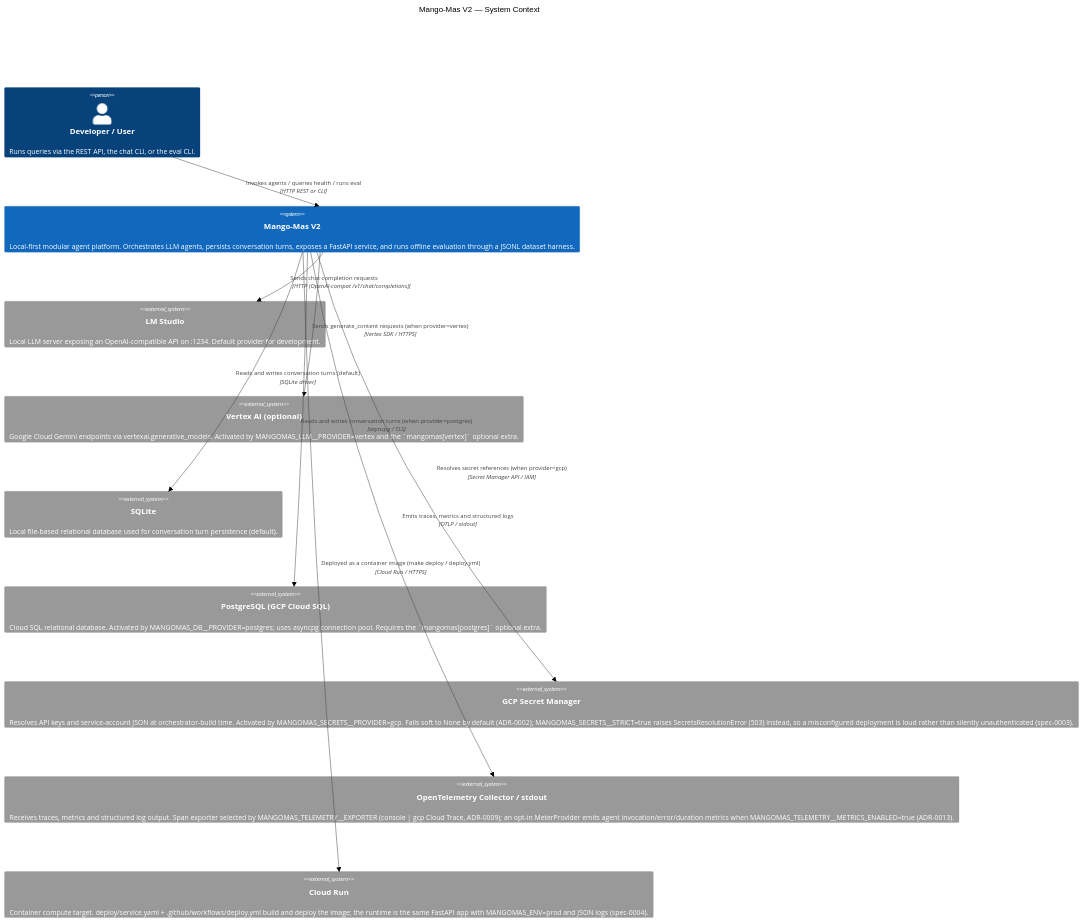
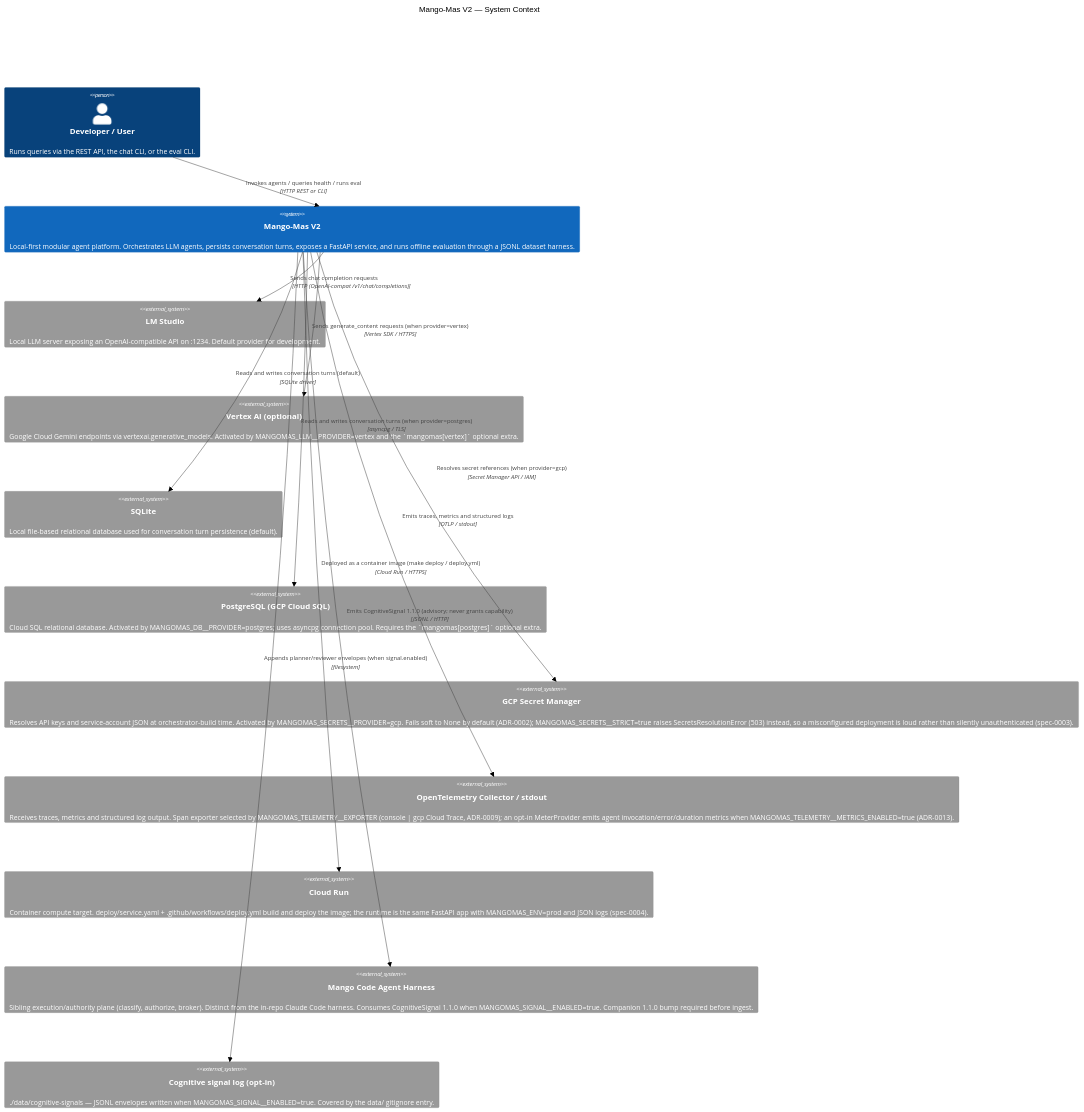
One commit to Mango-Metrics-NLM/MangoMas_V2 changed the diagram in docs/architecture/c1-context.md. Above: the diagram before and after it, drawn with Mermaid (neutral theme). The commit also changed other lines of this file and 52 other files, not shown here.

First line of the commit message:
fix: install mango_contracts at runtime and close cognitive review gaps

````diff
--- a/docs/architecture/c1-context.md
+++ b/docs/architecture/c1-context.md
@@ -6,31 +6,37 @@
 ```mermaid
 C4Context
   title Mango-Mas V2 — System Context
 
   Person(developer, "Developer / User", "Runs queries via the REST API, the chat CLI, or the eval CLI.")
 
   System(mangomas, "Mango-Mas V2", "Local-first modular agent platform. Orchestrates LLM agents, persists conversation turns, exposes a FastAPI service, and runs offline evaluation through a JSONL dataset harness.")
 
   System_Ext(lmstudio, "LM Studio", "Local LLM server exposing an OpenAI-compatible API on :1234. Default provider for development.")
 
   System_Ext(vertex, "Vertex AI (optional)", "Google Cloud Gemini endpoints via vertexai.generative_models. Activated by MANGOMAS_LLM__PROVIDER=vertex and the `mangomas[vertex]` optional extra.")
 
   System_Ext(sqlite, "SQLite", "Local file-based relational database used for conversation turn persistence (default).")
 
   System_Ext(postgres, "PostgreSQL (GCP Cloud SQL)", "Cloud SQL relational database. Activated by MANGOMAS_DB__PROVIDER=postgres; uses asyncpg connection pool. Requires the `mangomas[postgres]` optional extra.")
 
   System_Ext(secret_mgr, "GCP Secret Manager", "Resolves API keys and service-account JSON at orchestrator-build time. Activated by MANGOMAS_SECRETS__PROVIDER=gcp. Fails soft to None by default (ADR-0002); MANGOMAS_SECRETS__STRICT=true raises SecretsResolutionError (503) instead, so a misconfigured deployment is loud rather than silently unauthenticated (spec-0003).")
 
   System_Ext(otel, "OpenTelemetry Collector / stdout", "Receives traces, metrics and structured log output. Span exporter selected by MANGOMAS_TELEMETRY__EXPORTER (console | gcp Cloud Trace, ADR-0009); an opt-in MeterProvider emits agent invocation/error/duration metrics when MANGOMAS_TELEMETRY__METRICS_ENABLED=true (ADR-0013).")
 
   System_Ext(cloud_run, "Cloud Run", "Container compute target. deploy/service.yaml + .github/workflows/deploy.yml build and deploy the image; the runtime is the same FastAPI app with MANGOMAS_ENV=prod and JSON logs (spec-0004).")
 
+  System_Ext(code_agent_harness, "Mango Code Agent Harness", "Sibling execution/authority plane (classify, authorize, broker). Distinct from the in-repo Claude Code harness. Consumes CognitiveSignal 1.1.0 when MANGOMAS_SIGNAL__ENABLED=true. Companion 1.1.0 bump required before ingest.")
+
+  System_Ext(cognitive_signals, "Cognitive signal log (opt-in)", "./data/cognitive-signals — JSONL envelopes written when MANGOMAS_SIGNAL__ENABLED=true. Covered by the data/ gitignore entry.")
+
   Rel(developer, mangomas, "Invokes agents / queries health / runs eval", "HTTP REST or CLI")
   Rel(mangomas, lmstudio, "Sends chat completion requests", "HTTP (OpenAI-compat /v1/chat/completions)")
   Rel(mangomas, vertex, "Sends generate_content requests (when provider=vertex)", "Vertex SDK / HTTPS")
   Rel(mangomas, sqlite, "Reads and writes conversation turns (default)", "SQLite driver")
   Rel(mangomas, postgres, "Reads and writes conversation turns (when provider=postgres)", "asyncpg / TLS")
   Rel(mangomas, secret_mgr, "Resolves secret references (when provider=gcp)", "Secret Manager API / IAM")
   Rel(mangomas, otel, "Emits traces, metrics and structured logs", "OTLP / stdout")
   Rel(mangomas, cloud_run, "Deployed as a container image (make deploy / deploy.yml)", "Cloud Run / HTTPS")
+  Rel(mangomas, code_agent_harness, "Emits CognitiveSignal 1.1.0 (advisory; never grants capability)", "JSONL / HTTP")
+  Rel(mangomas, cognitive_signals, "Appends planner/reviewer envelopes (when signal.enabled)", "filesystem")
 ```
````
